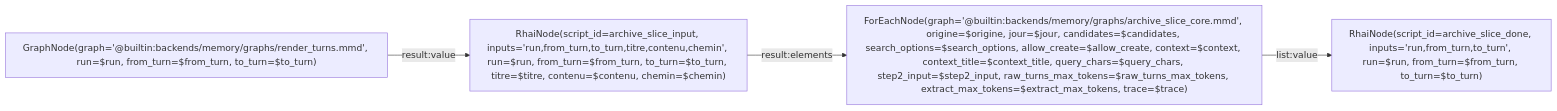
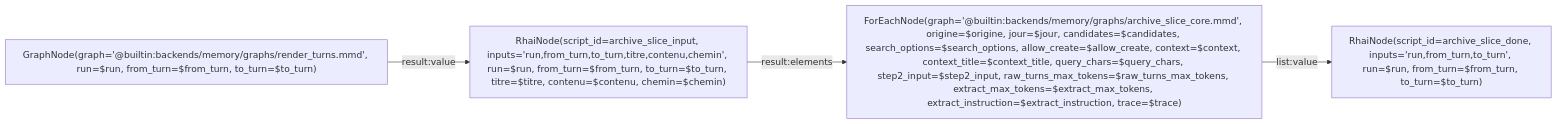
The diagram in extension/rag3weaver/templates/backends/memory/graphs/archive_slice.mmd (L-Defraiteur/rag3db), drawn with Mermaid before and after one commit. The commit also changed 6 other files, not shown here.

Commit message:
feat(memoire): B3 — l'extraction d'une tranche et le découpage d'une section composent leur invite par Collect et LlmNode (instruction en paramètre, la tranche ou la section numérotée en part) ; les règles d'un sujet passent dans les descriptions du schéma ; archive_slice_prompt.rhai retiré

```diff
--- a/extension/rag3weaver/templates/backends/memory/graphs/archive_slice.mmd
+++ b/extension/rag3weaver/templates/backends/memory/graphs/archive_slice.mmd
@@ -1,30 +1,31 @@
 %% tool: archive_slice
 %% description: Files one slice of a conversation in two steps — by run and turn range (the host: the slice is rendered from its Turn rows and kept as its Source) or by contenu (the banc) (18 November 2026, Lucie's form). Step 1, a structured extraction over the whole slice, without the base: the model returns the slice summary, its topics (title, turn ranges, what is said, whether it is still open, free attributes) and the turns set aside. Step 2, one Decide per topic against the recalled fiches, as `archive` does for a section. A turn that no topic covers and no reason sets aside goes to a residual « reste » segment: nothing falls silently. The slice is kept as its Source (L0, written once). Each L1 has the section « turns a-b · <title> ». The report adds `slice_summary` and `open` (the topics still open at the end of the slice) `source` (the path of the slice Source) and, with run, `archived_through_turn`: to_turn when the slice is filed without error, from_turn - 1 otherwise (the host files it again). An extraction that is not the requested JSON fails the call, naming response_schema.
 %% param: run string = "" -- The run whose turns are filed (the host's call): the slice is rendered from its Turn rows by render_turns, between from_turn and to_turn. Empty: contenu is filed as given (the banc).
 %% param: from_turn int = 0 -- The first turn of the slice, included.
 %% param: to_turn int = 0 -- The last turn of the slice, included.
 %% param: titre string = "" -- The slice title; empty with run: « run <run>, turns <a>-<b> ».
 %% param: contenu string = "" -- Without run: the slice, in the single form render_turns gives (one « ## turn <n> » per turn, one « ### <role> · <time> » per message).
 %% param: chemin string = "" -- The path of the slice Source; empty with run: sources/<run slug>-turns-<a>-<b>.md.
 %% param: origine string = "run_trace" -- The origin of the Source.
 %% param: jour string = "" -- The day, AAAA-MM-JJ: only for a default path, which archive_slice always gives.
 %% param: candidates int = 5 -- Candidate fiches recalled per topic.
 %% param: search_options json = {"limit": 8} -- The options of the candidate search.
 %% param: allow_create bool = false -- create allowed (off by default, as in archive).
 %% param: context string = "" -- What precedes the slice, shown to the model and never filed.
 %% param: context_title string = "Ce qui précède (déjà rangé, ne pas ranger) :" -- The title before context in the step 2 prompt.
 %% param: query_chars int = 4000 -- The bound of the candidate search query.
 %% param: step2_input string = "both" -- What step 2 reads for a topic: extracted (the extracted « said »), raw_turns (its raw turns) or both.
 %% param: raw_turns_max_tokens int = 12000 -- The bound of the raw turns of one topic, in estimated tokens (characters / 4).
+%% param: extract_instruction string = "Split this slice of a conversation into topics." -- The task line of the extraction, set before the slice; the rules are in the descriptions of the extraction schema.
 %% param: extract_max_tokens int = 8192 -- The output bound of the extraction call.
 %% param: trace bool = false -- The report also carries `results`, one entry per topic (as archive).
 %% result: done.result
 
 graph LR
     render["GraphNode(graph='@builtin:backends/memory/graphs/render_turns.mmd', run=$run, from_turn=$from_turn, to_turn=$to_turn)"]
     slice["RhaiNode(script_id=archive_slice_input, inputs='run,from_turn,to_turn,titre,contenu,chemin', run=$run, from_turn=$from_turn, to_turn=$to_turn, titre=$titre, contenu=$contenu, chemin=$chemin)"]
-    core["ForEachNode(graph='@builtin:backends/memory/graphs/archive_slice_core.mmd', origine=$origine, jour=$jour, candidates=$candidates, search_options=$search_options, allow_create=$allow_create, context=$context, context_title=$context_title, query_chars=$query_chars, step2_input=$step2_input, raw_turns_max_tokens=$raw_turns_max_tokens, extract_max_tokens=$extract_max_tokens, trace=$trace)"]
+    core["ForEachNode(graph='@builtin:backends/memory/graphs/archive_slice_core.mmd', origine=$origine, jour=$jour, candidates=$candidates, search_options=$search_options, allow_create=$allow_create, context=$context, context_title=$context_title, query_chars=$query_chars, step2_input=$step2_input, raw_turns_max_tokens=$raw_turns_max_tokens, extract_max_tokens=$extract_max_tokens, extract_instruction=$extract_instruction, trace=$trace)"]
     done["RhaiNode(script_id=archive_slice_done, inputs='run,from_turn,to_turn', run=$run, from_turn=$from_turn, to_turn=$to_turn)"]
     render -->|result:value| slice
     slice -->|result:elements| core
     core -->|list:value| done
```
